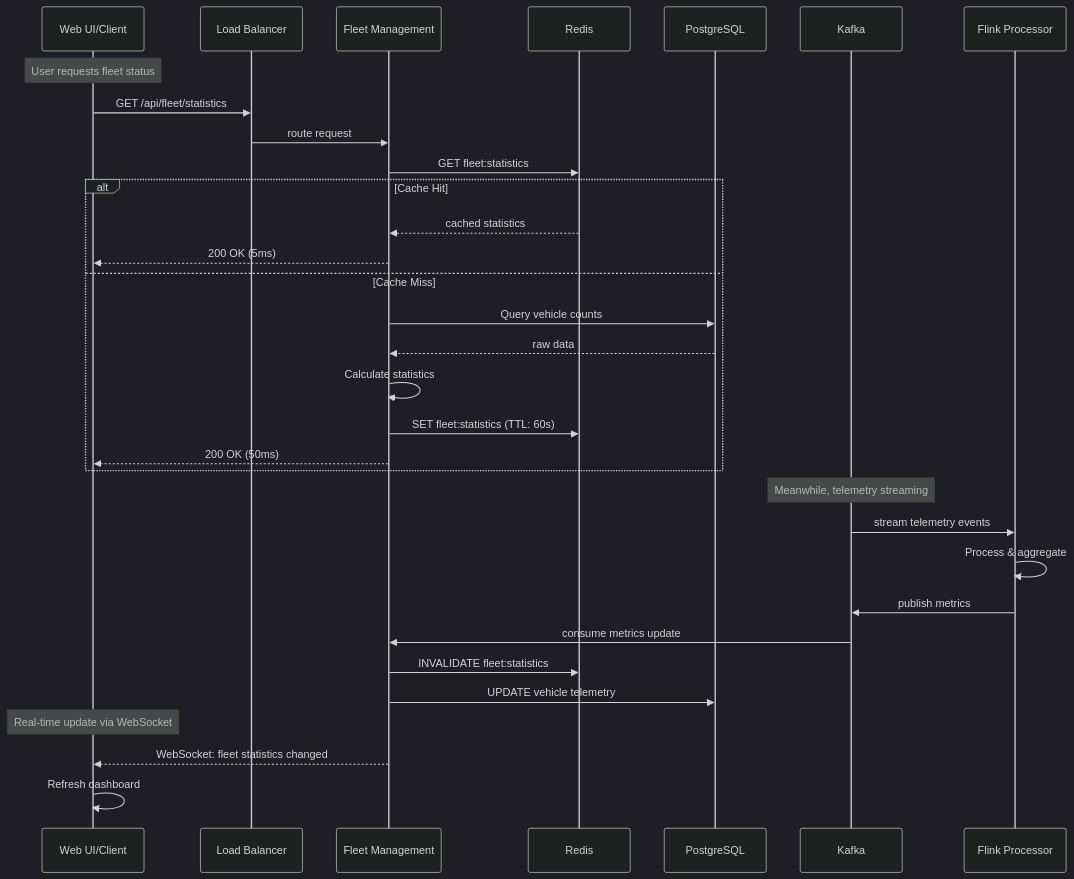
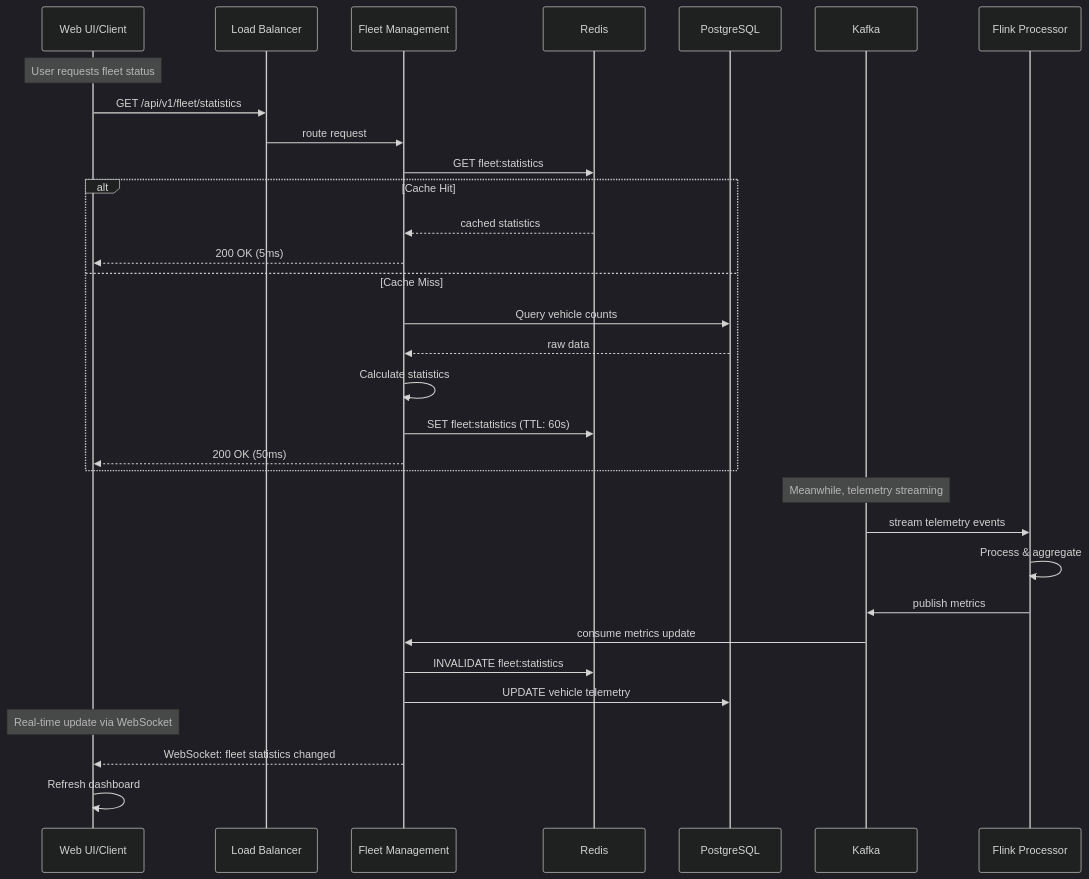
Before and after one commit to Shallako/ShuzAHS: diagram 17 of 18 in DIAGRAMS.md, drawn with Mermaid (dark theme). The commit also changed other lines of this file and 19 other files, not shown here.

Commit message:
Add `ahs-proto` module with Protobuf support, define vehicle telemetry schema, and integrate module into dependent projects. Update Docker base images, migrate to JDK 17, and refine REST API paths for consistency.

````diff
--- a/DIAGRAMS.md
+++ b/DIAGRAMS.md
@@ -1067,38 +1067,38 @@
 ```mermaid
 sequenceDiagram
     participant UI as Web UI/Client
     participant LB as Load Balancer
     participant FM as Fleet Management
     participant Cache as Redis
     participant DB as PostgreSQL
     participant K as Kafka
     participant F as Flink Processor
     
     Note over UI: User requests fleet status
-    UI->>LB: GET /api/fleet/statistics
+    UI->>LB: GET /api/v1/fleet/statistics
     LB->>FM: route request
     
     FM->>Cache: GET fleet:statistics
     alt Cache Hit
         Cache-->>FM: cached statistics
         FM-->>UI: 200 OK (5ms)
     else Cache Miss
         FM->>DB: Query vehicle counts
         DB-->>FM: raw data
         FM->>FM: Calculate statistics
         FM->>Cache: SET fleet:statistics (TTL: 60s)
         FM-->>UI: 200 OK (50ms)
     end
     
     Note over K: Meanwhile, telemetry streaming
     K->>F: stream telemetry events
     F->>F: Process & aggregate
     F->>K: publish metrics
     K->>FM: consume metrics update
     FM->>Cache: INVALIDATE fleet:statistics
     FM->>DB: UPDATE vehicle telemetry
     
     Note over UI: Real-time update via WebSocket
     FM-->>UI: WebSocket: fleet statistics changed
     UI->>UI: Refresh dashboard
 ```
````
